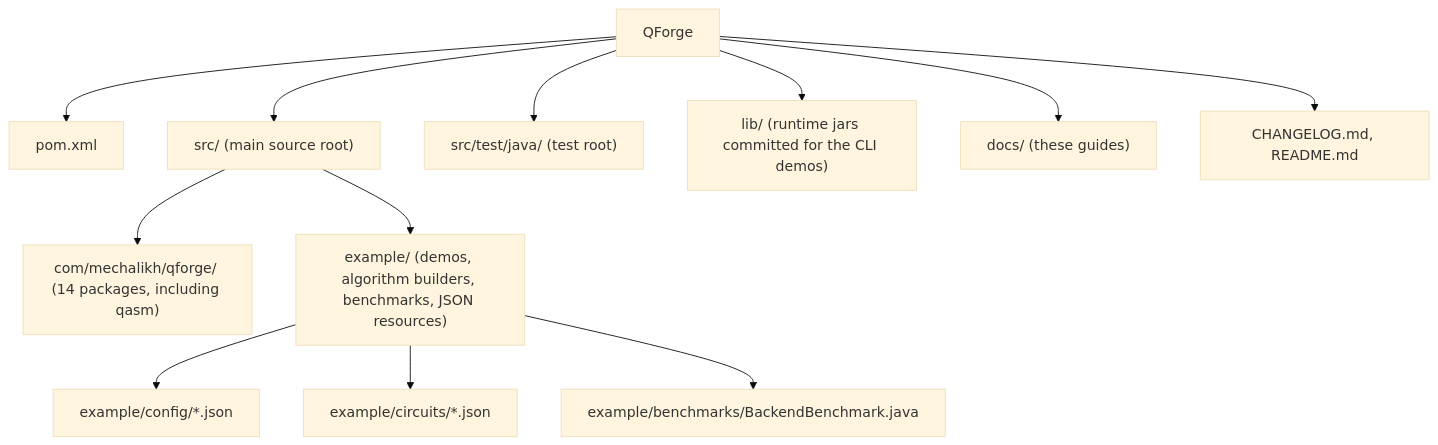
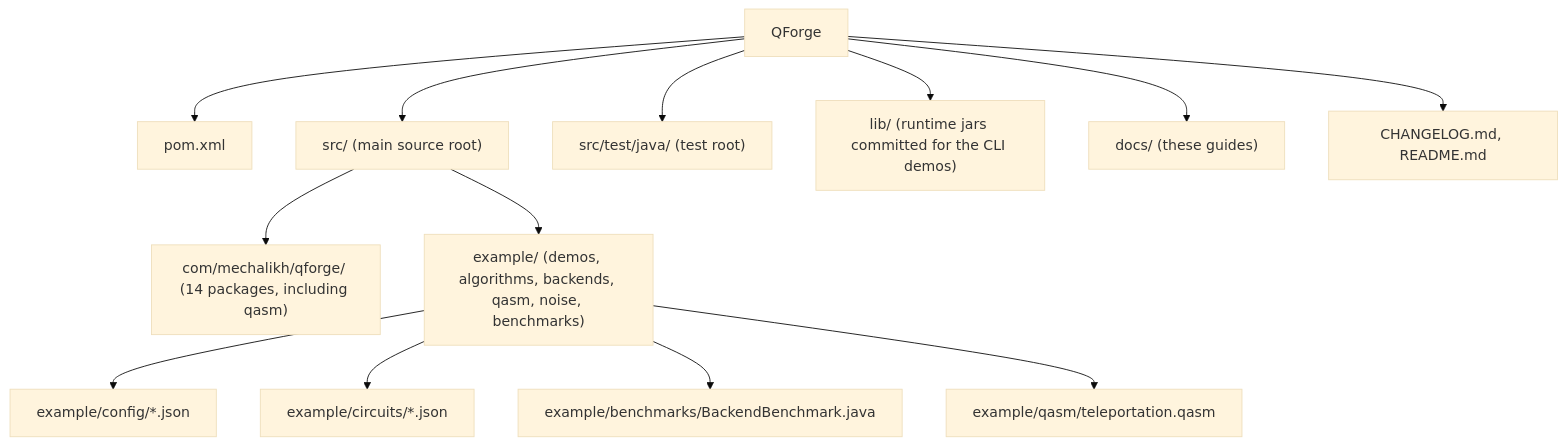
The diagram in docs/08-development.md (CharafeddineMechalikh/QForge), drawn with Mermaid (base theme) before and after one commit. The commit also changed other lines of this file and 17 other files, not shown here.

Commit message:
Add QASM, device-noise and backend examples, and skip dense metrics for large MPS states

````diff
--- a/docs/08-development.md
+++ b/docs/08-development.md
@@ -14,14 +14,15 @@
 ```mermaid
 flowchart TD
     R["QForge"] --> P["pom.xml"]
     R --> S["src/ (main source root)"]
     R --> T["src/test/java/ (test root)"]
     R --> L["lib/ (runtime jars committed for the CLI demos)"]
     R --> D["docs/ (these guides)"]
     R --> C["CHANGELOG.md, README.md"]
     S --> S1["com/mechalikh/qforge/ (14 packages, including qasm)"]
-    S --> S2["example/ (demos, algorithm builders, benchmarks, JSON resources)"]
+    S --> S2["example/ (demos, algorithms, backends, qasm, noise, benchmarks)"]
     S2 --> S3["example/config/*.json"]
     S2 --> S4["example/circuits/*.json"]
     S2 --> S5["example/benchmarks/BackendBenchmark.java"]
+    S2 --> S6["example/qasm/teleportation.qasm"]
 ```
````
